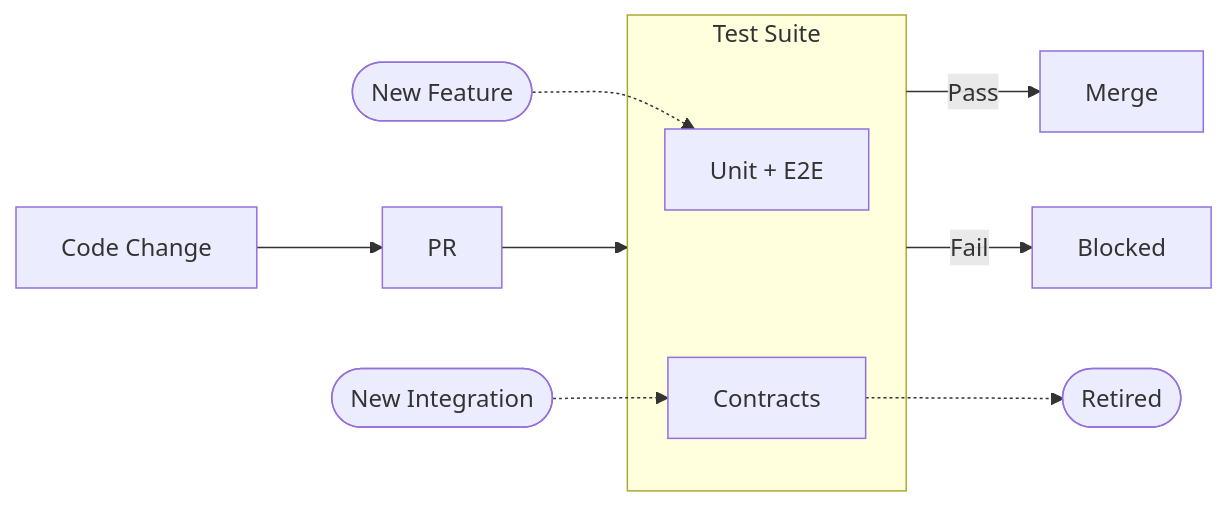
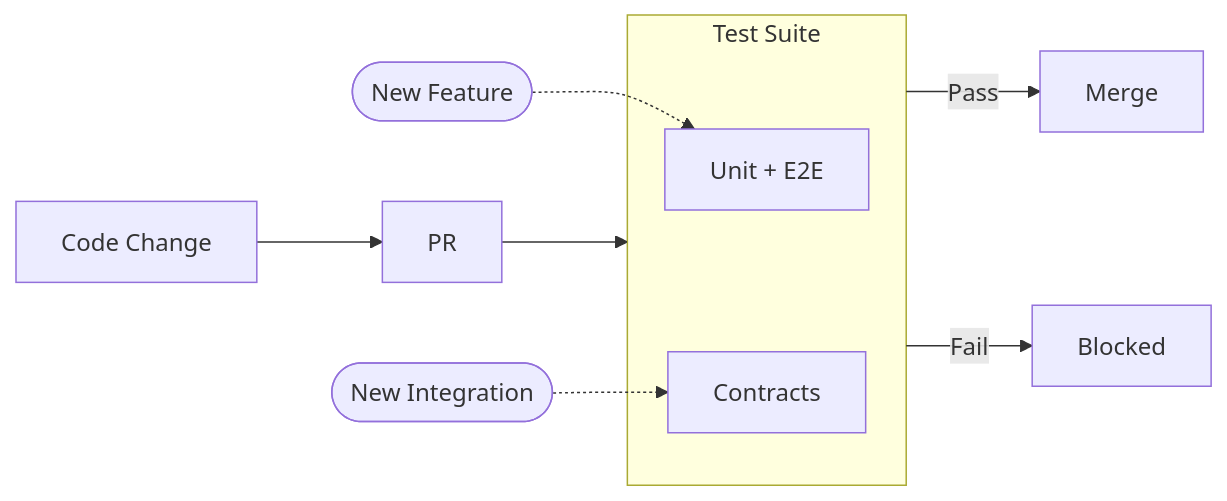
The second of 2 diagrams in website/src/content/docs/stories/contracts.mdx (kakao/actionbase), drawn with Mermaid before and after one commit. The commit also changed other lines of this file, not shown here.

````diff
--- a/website/src/content/docs/stories/contracts.mdx
+++ b/website/src/content/docs/stories/contracts.mdx
@@ -64,16 +64,15 @@
 ```mermaid
 flowchart LR
     Change[Code Change] --> PR[PR]
     PR --> TestSuite
     TestSuite -->|Pass| Merge[Merge]
     TestSuite -->|Fail| Block[Blocked]
 
     subgraph TestSuite ["Test Suite"]
         UnitE2E["Unit + E2E"]
         Contracts["Contracts"]
     end
 
     Feature([New Feature]) -.-> UnitE2E
     Integration([New Integration]) -.-> Contracts
-    Contracts -.-> Retired([Retired])
 ```
````
